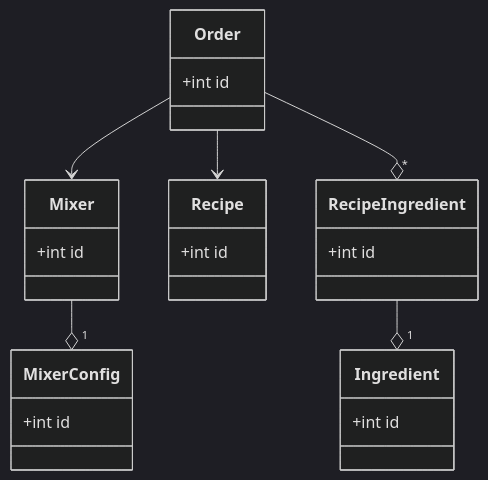
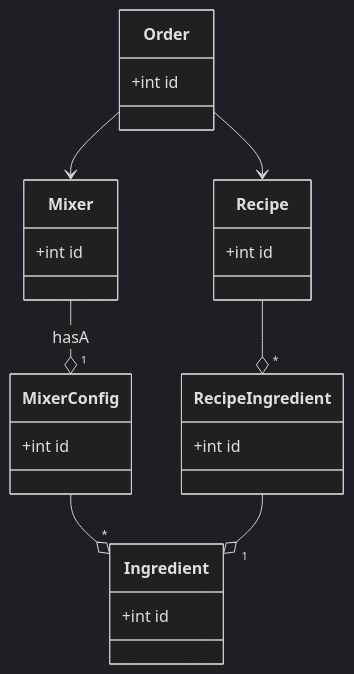
One commit to connectory/boschtail changed the diagram in README.md. Above: the diagram before and after it, drawn with Mermaid (dark theme).

````diff
--- a/README.md
+++ b/README.md
@@ -13,15 +13,16 @@
 ```mermaid
 classDiagram
-    Mixer --o "1" MixerConfig
+    Mixer --o "1" MixerConfig : hasA
+    MixerConfig --o "*" Ingredient
     Order --> Mixer
     Order --> Recipe
-    Order --o "*" RecipeIngredient
+    Recipe --o "*" RecipeIngredient
     RecipeIngredient --o "1" Ingredient
 
     Mixer : +int id
     MixerConfig : +int id
     Order : +int id
     Recipe : +int id
     RecipeIngredient: +int id
     Ingredient: +int id
 ```
````
